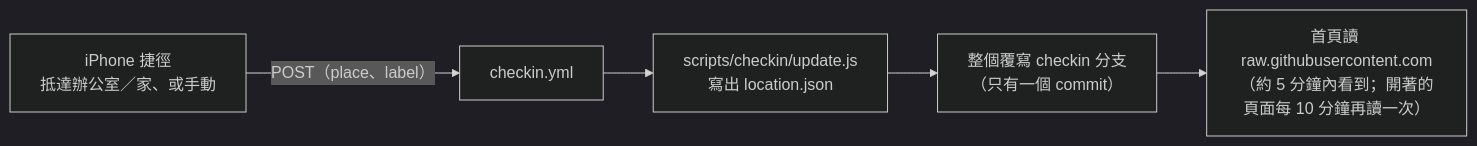
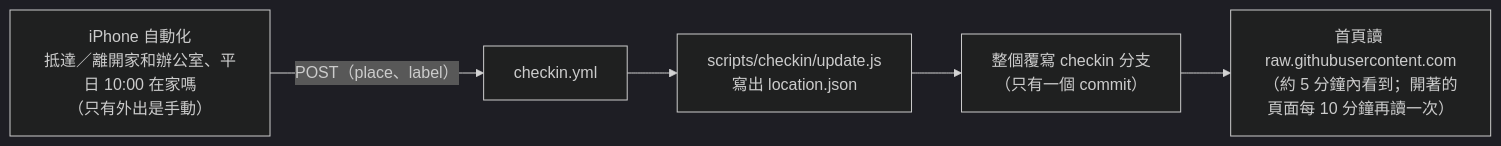
One commit to laiyenju/laiyenju.github.io changed the fourth of 4 diagrams in README.md. Above: the diagram before and after it, drawn with Mermaid (dark theme). The commit also changed other lines of this file and 3 other files, not shown here.

````diff
--- a/README.md
+++ b/README.md
@@ -243,7 +243,7 @@
 ```mermaid
 flowchart LR
-  A["iPhone 捷徑<br/>抵達辦公室／家、或手動"] -- "POST（place、label）" --> W["checkin.yml"]
+  A["iPhone 自動化<br/>抵達／離開家和辦公室、平日 10:00 在家嗎<br/>（只有外出是手動）"] -- "POST（place、label）" --> W["checkin.yml"]
   W --> U["scripts/checkin/update.js<br/>寫出 location.json"]
   U --> B["整個覆寫 checkin 分支<br/>（只有一個 commit）"]
   B --> H["首頁讀 raw.githubusercontent.com<br/>（約 5 分鐘內看到；開著的頁面每 10 分鐘再讀一次）"]
 ```
````
